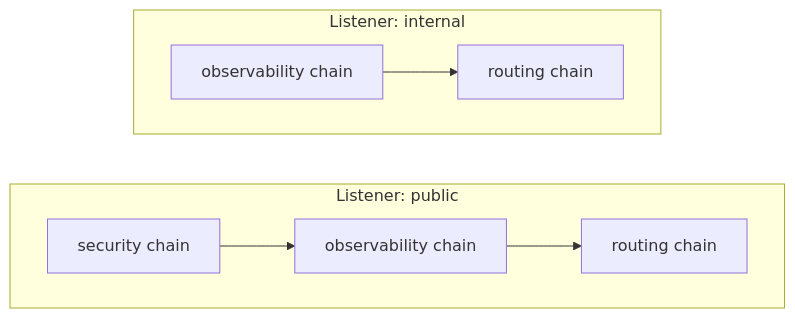
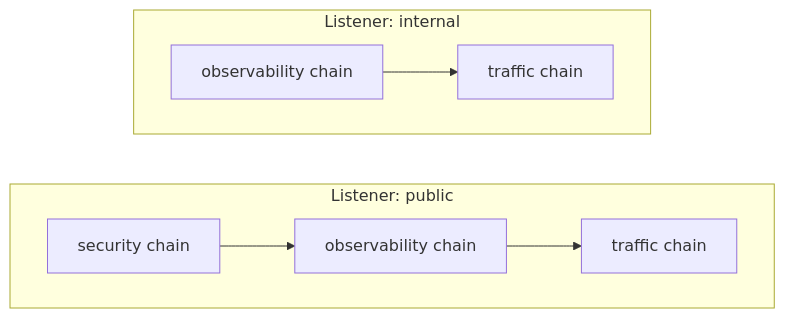
Before and after one commit to noyitz/ai: the first of 2 diagrams in docs/filters/README.md, drawn with Mermaid. The commit also changed other lines of this file and 3 other files, not shown here.

````diff
--- a/docs/filters/README.md
+++ b/docs/filters/README.md
@@ -98,13 +102,13 @@
 ```mermaid
 flowchart LR
     subgraph "Listener: public"
         direction LR
         S["security chain"] --> O["observability chain"]
-        O --> R["routing chain"]
+        O --> R["traffic chain"]
     end
 
     subgraph "Listener: internal"
         direction LR
-        O1["observability chain"] --> R2["routing chain"]
+        O1["observability chain"] --> R2["traffic chain"]
     end
 ```
````
